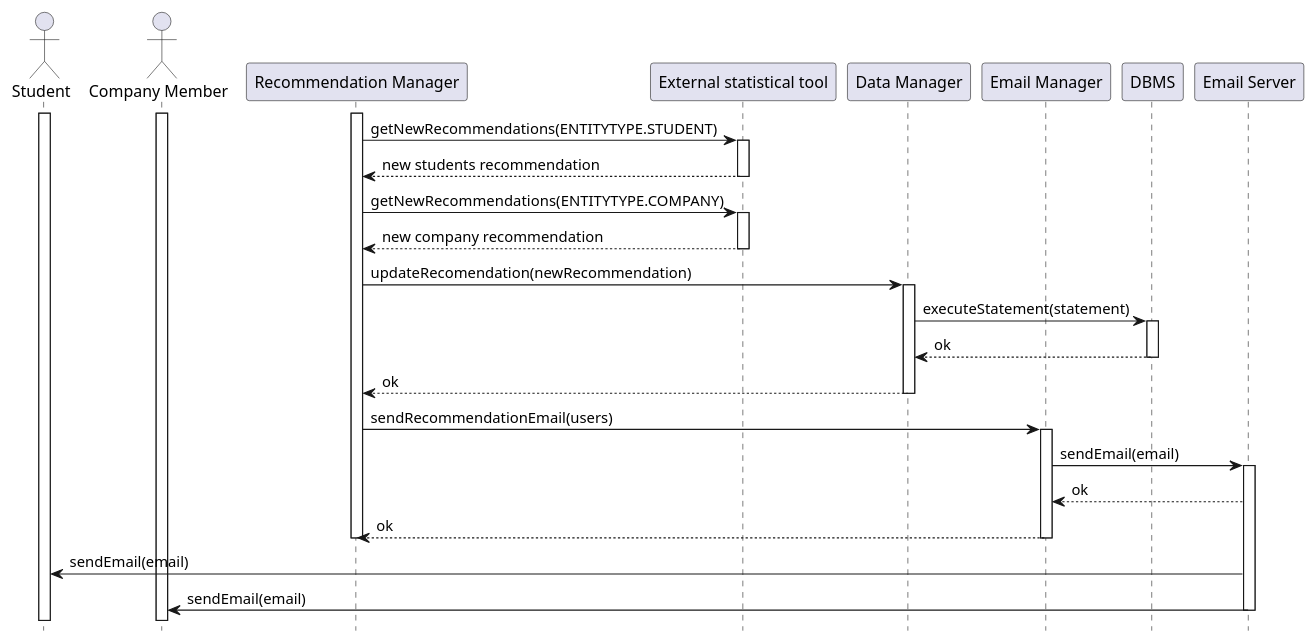
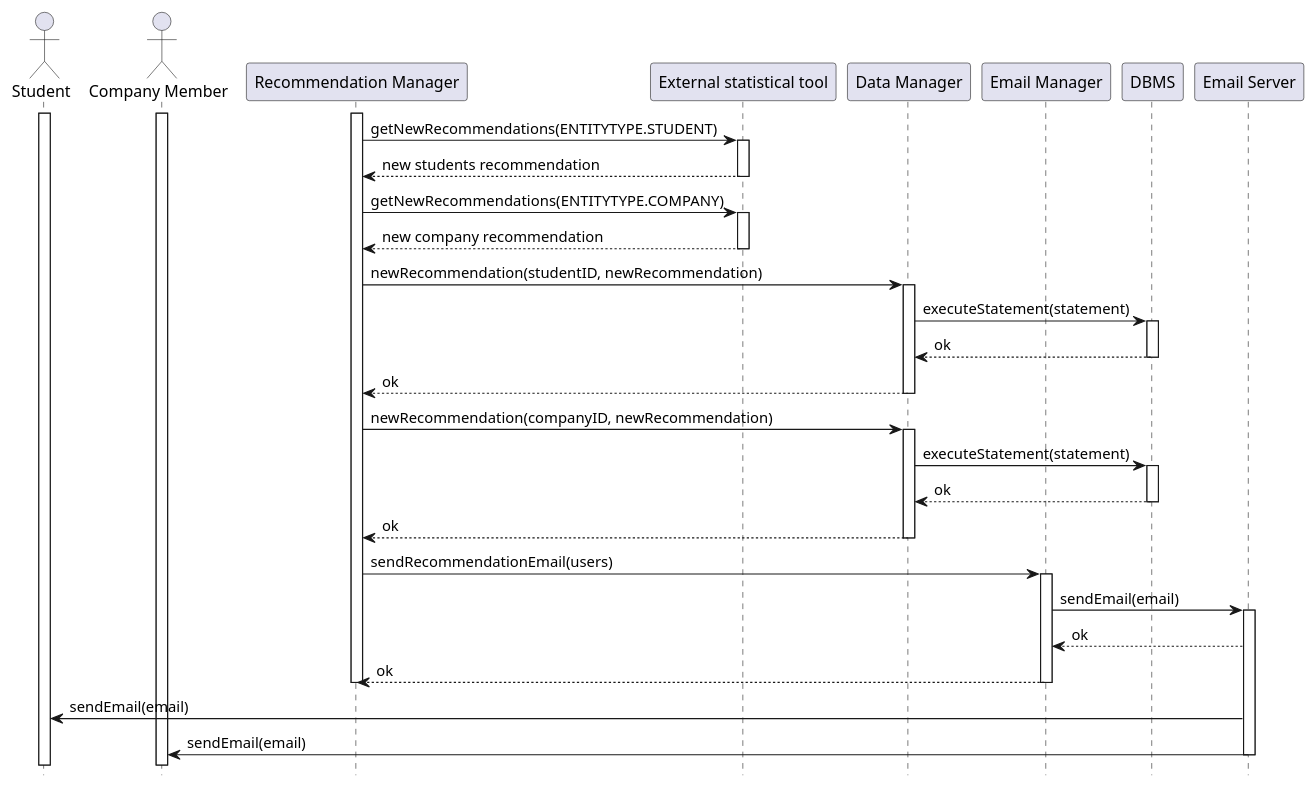
One commit to matti8702/R_and_DD_project_SE2 changed the diagram in DD/Architectural_design/uml_diagrams/RV13_diagram.puml. Above: the diagram before and after it, drawn with PlantUML. The commit also changed 10 other files, not shown here.

Commit message:
fix: fix RV8, RV12, RV13, RV15, RV21 diagrams

```diff
--- a/DD/Architectural_design/uml_diagrams/RV13_diagram.puml
+++ b/DD/Architectural_design/uml_diagrams/RV13_diagram.puml
@@ -1,50 +1,58 @@
 @startuml RV13_diagram
 hide footbox
 
 actor "Student" as S 
 actor "Company Member" as C
 participant "Recommendation Manager" as RM
 participant "External statistical tool" as SAT
 participant "Data Manager" as DM
 participant "Email Manager" as EM
 participant "DBMS" as RD
 participant "Email Server" as E
 
 
 activate S
 activate C
 activate RM
 
 RM -> SAT: getNewRecommendations(ENTITYTYPE.STUDENT) 
 activate SAT
 SAT --> RM: new students recommendation
 deactivate SAT
 RM -> SAT: getNewRecommendations(ENTITYTYPE.COMPANY) 
 activate SAT
 SAT --> RM: new company recommendation
 deactivate SAT
-RM -> DM: updateRecomendation(newRecommendation)
+RM -> DM: newRecommendation(studentID, newRecommendation)
+activate DM
+DM -> RD: executeStatement(statement)
+activate RD
+RD --> DM: ok
+deactivate RD
+DM --> RM: ok
+deactivate DM
+RM -> DM: newRecommendation(companyID, newRecommendation)
 activate DM
 DM -> RD: executeStatement(statement)
 activate RD
 RD --> DM: ok
 deactivate RD
 DM --> RM: ok
 deactivate DM
 RM -> EM: sendRecommendationEmail(users)
 activate EM
 EM -> E: sendEmail(email)
 activate E
 E --> EM: ok
 EM --> RM: ok
 deactivate EM
 deactivate RM
 E -> S: sendEmail(email)
 E -> C: sendEmail(email)
 deactivate E
 
 
 
 
 
 @enduml
```
